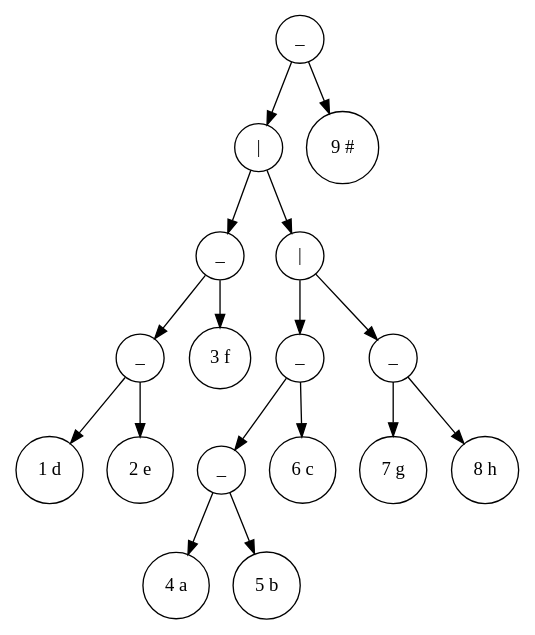
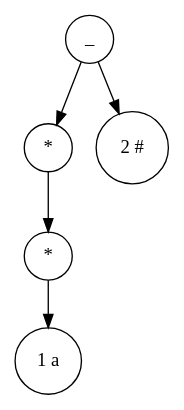
Before and after one commit to x6x4/LAB2_URGENCY: the diagram in tree_output/tree_output.dot, drawn with Graphviz. The commit also changed 9 other files, not shown here.

```diff
--- a/tree_output/tree_output.dot
+++ b/tree_output/tree_output.dot
@@ -1,36 +1,12 @@
 digraph Tree {
 node [shape=circle];
-94049953454544 [label="_"];
-94049953454544 -> 94049953454336;
-94049953454336 [label="|"];
-94049953454336 -> 94049953453296;
-94049953453296 [label="_"];
-94049953453296 -> 94049953453088;
-94049953453088 [label="_"];
-94049953453088 -> 94049953452736;
-94049953452736 [label="1 d"];
-94049953453088 -> 94049953452928;
-94049953452928 [label="2 e"];
-94049953453296 -> 94049953453136;
-94049953453136 [label="3 f"];
-94049953454336 -> 94049953454288;
-94049953454288 [label="|"];
-94049953454288 -> 94049953453872;
-94049953453872 [label="_"];
-94049953453872 -> 94049953453664;
-94049953453664 [label="_"];
-94049953453664 -> 94049953453344;
-94049953453344 [label="4 a"];
-94049953453664 -> 94049953453504;
-94049953453504 [label="5 b"];
-94049953453872 -> 94049953453712;
-94049953453712 [label="6 c"];
-94049953454288 -> 94049953454240;
-94049953454240 [label="_"];
-94049953454240 -> 94049953453920;
-94049953453920 [label="7 g"];
-94049953454240 -> 94049953454080;
-94049953454080 [label="8 h"];
-94049953454544 -> 94049953454384;
-94049953454384 [label="9 #"];
+93931964044416 [label="_"];
+93931964044416 -> 93931964044208;
+93931964044208 [label="*"];
+93931964044208 -> 93931964044160;
+93931964044160 [label="*"];
+93931964044160 -> 93931964043968;
+93931964043968 [label="1 a"];
+93931964044416 -> 93931964044256;
+93931964044256 [label="2 #"];
 }
```
